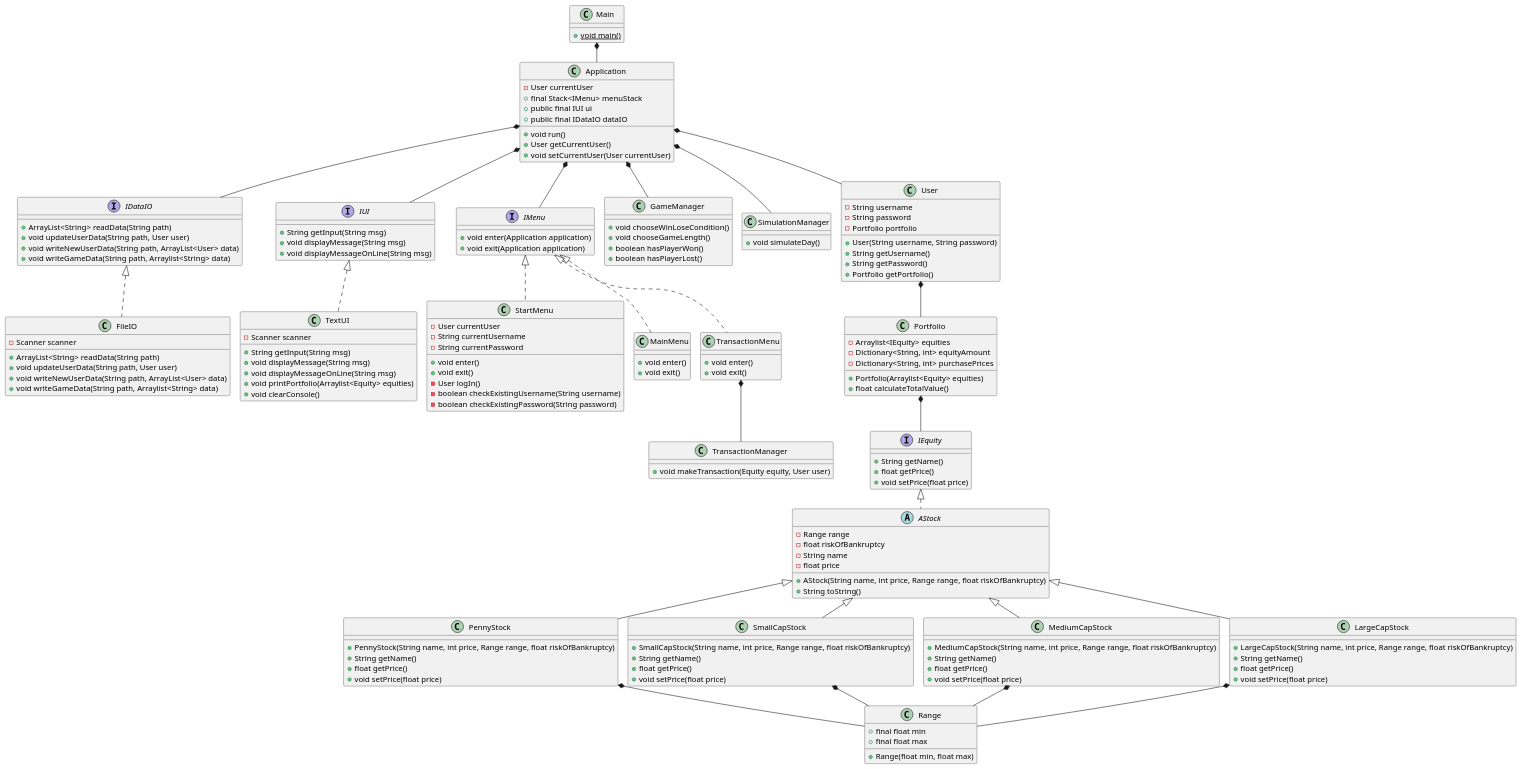
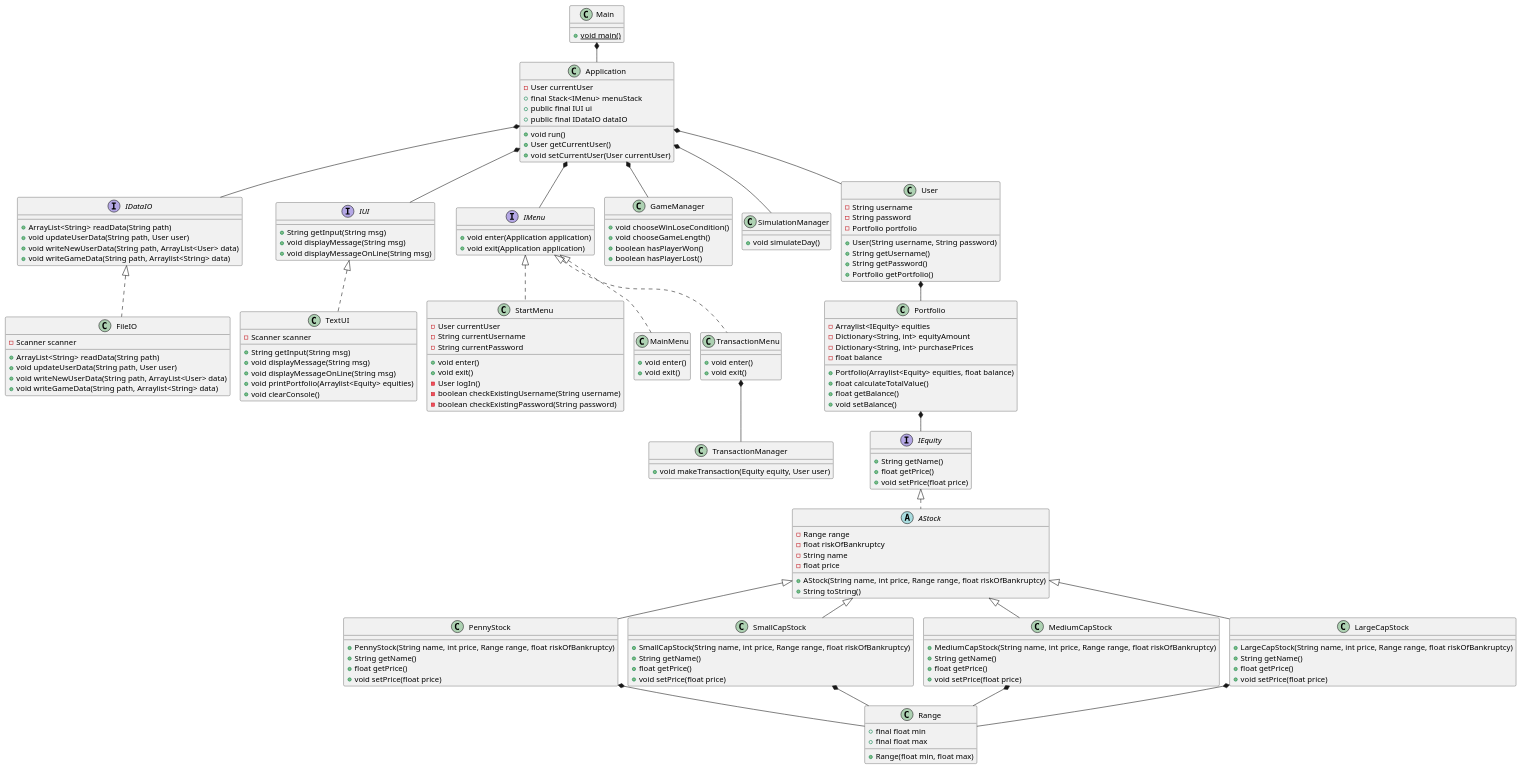
Before and after one commit to TobiasTheDanish/AktieSpil: the diagram in Documentation/KlasseDiagram.puml, drawn with PlantUML. The commit also changed 3 other files, not shown here.

```diff
--- a/Documentation/KlasseDiagram.puml
+++ b/Documentation/KlasseDiagram.puml
@@ -1,170 +1,174 @@
 @startuml
 !pragma layout smetana
 'https://plantuml.com/class-diagram
 class Main {
     + {static} void main()
 }
 
 class Application {
     - User currentUser
     + final Stack<IMenu> menuStack
     + public final IUI ui
     + public final IDataIO dataIO
     + void run()
     + User getCurrentUser()
     + void setCurrentUser(User currentUser)
 }
 
 interface IDataIO {
     + ArrayList<String> readData(String path)
     + void updateUserData(String path, User user)
     + void writeNewUserData(String path, ArrayList<User> data)
     + void writeGameData(String path, Arraylist<String> data)
 }
 
 class FileIO implements IDataIO {
     - Scanner scanner
     + ArrayList<String> readData(String path)
     + void updateUserData(String path, User user)
     + void writeNewUserData(String path, ArrayList<User> data)
     + void writeGameData(String path, Arraylist<String> data)
 
 }
 
 interface IUI {
     + String getInput(String msg)
     + void displayMessage(String msg)
     + void displayMessageOnLine(String msg)
 }
 
 class TextUI implements IUI {
     - Scanner scanner
     + String getInput(String msg)
     + void displayMessage(String msg)
     + void displayMessageOnLine(String msg)
     + void printPortfolio(Arraylist<Equity> equities)
     + void clearConsole()
 }
 
 interface IMenu {
     + void enter(Application application)
     + void exit(Application application)
 }
 
 class StartMenu implements IMenu {
     - User currentUser
     - String currentUsername
     - String currentPassword
     + void enter()
     + void exit()
     - User logIn()
     - boolean checkExistingUsername(String username)
     - boolean checkExistingPassword(String password)
 }
 
 class MainMenu implements IMenu {
     + void enter()
     + void exit()
 }
 
 class TransactionMenu implements IMenu {
     + void enter()
     + void exit()
 }
 
 class TransactionManager {
     + void makeTransaction(Equity equity, User user)
 }
 
 class GameManager {
     + void chooseWinLoseCondition()
     + void chooseGameLength()
     + boolean hasPlayerWon()
     + boolean hasPlayerLost()
 }
 
 class SimulationManager {
     + void simulateDay()
 }
 
 class User {
     - String username
     - String password
     - Portfolio portfolio
     + User(String username, String password)
     + String getUsername()
     + String getPassword()
     + Portfolio getPortfolio()
 }
 
 class Portfolio {
     - Arraylist<IEquity> equities
     - Dictionary<String, int> equityAmount
     - Dictionary<String, int> purchasePrices
-    + Portfolio(Arraylist<Equity> equities)
+    - float balance
+    + Portfolio(Arraylist<Equity> equities, float balance)
     + float calculateTotalValue()
+    + float getBalance()
+    + void setBalance()
+
 }
 
 interface IEquity {
     + String getName()
     + float getPrice()
     + void setPrice(float price)
 }
 
 abstract class AStock implements IEquity {
     - Range range
     - float riskOfBankruptcy
     - String name
     - float price
     + AStock(String name, int price, Range range, float riskOfBankruptcy)
     + String toString()
 }
 
 class PennyStock extends AStock {
     + PennyStock(String name, int price, Range range, float riskOfBankruptcy)
     + String getName()
     + float getPrice()
     + void setPrice(float price)
 }
 class SmallCapStock extends AStock {
     + SmallCapStock(String name, int price, Range range, float riskOfBankruptcy)
     + String getName()
     + float getPrice()
     + void setPrice(float price)
 }
 class MediumCapStock extends AStock {
     + MediumCapStock(String name, int price, Range range, float riskOfBankruptcy)
     + String getName()
     + float getPrice()
     + void setPrice(float price)
 }
 class LargeCapStock extends AStock {
     + LargeCapStock(String name, int price, Range range, float riskOfBankruptcy)
     + String getName()
     + float getPrice()
     + void setPrice(float price)
 }
 
 class Range {
     + final float min
     + final float max
     + Range(float min, float max)
 }
 
 Main *-- Application
 Application *-- IMenu
 Application *-- User
 Application *-- SimulationManager
 Application *-- GameManager
 Application *-- IUI
 Application *-- IDataIO
 
 TransactionMenu *-- TransactionManager
 
 User *-- Portfolio
 Portfolio *-- IEquity
 PennyStock *-- Range
 SmallCapStock *-- Range
 MediumCapStock *-- Range
 LargeCapStock *-- Range
 @enduml
```
